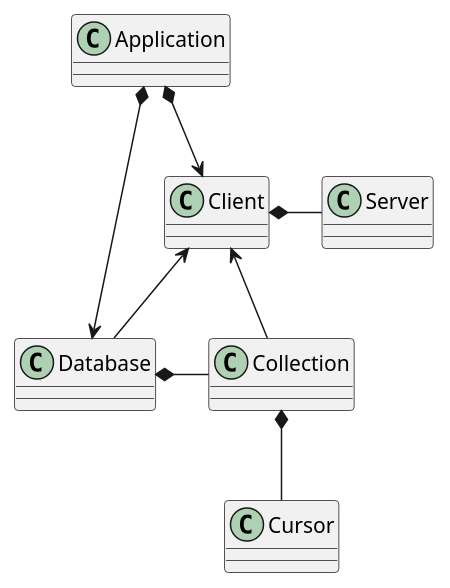
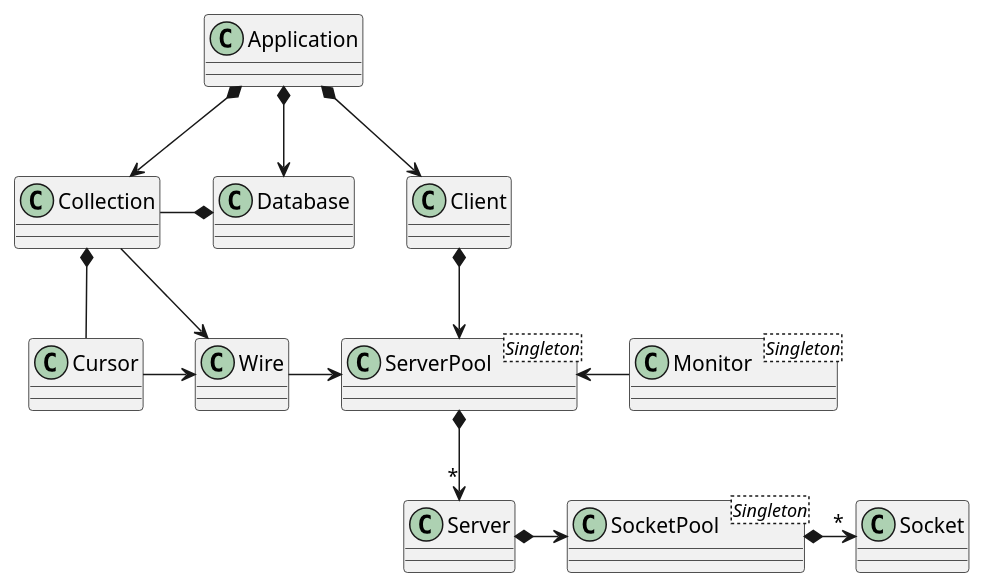
One commit to MARTIMM/raku-mongodb-driver changed the second of 7 diagrams in doc/Design/Design-software.md. Above: the diagram before and after it, drawn with PlantUML. The commit also changed other lines of this file and 1 other file, not shown here.

````diff
--- a/doc/Design/Design-software.md
+++ b/doc/Design/Design-software.md
@@ -14,23 +126,24 @@
 ```plantuml
-class Application
 
-class Client
-class Database
-class Collection
-class Cursor
-class Server
-'class W as "Wire" {}
+class Monitor<Singleton>
+class ServerPool<Singleton>
+class SocketPool<Singleton>
 
 Application *--> Client
-Client *- Server
 Application *--> Database
-Client <-- Database
-Database *- Collection
-Client <-- Collection
-'Collection --> W
+Application *--> Collection
+
+Client *--> ServerPool
+ServerPool *--> "*" Server
+Server *-> SocketPool
+SocketPool *-> "*" Socket
+'Client <-- Database
+Collection -* Database
+'Client <-- Collection
+Collection -> Wire
 Collection *-- Cursor
 
-'Server <-- Cursor
-'W -> Server
-
+Cursor -> Wire
+Wire -> ServerPool
+ServerPool <- Monitor
 ```
````
